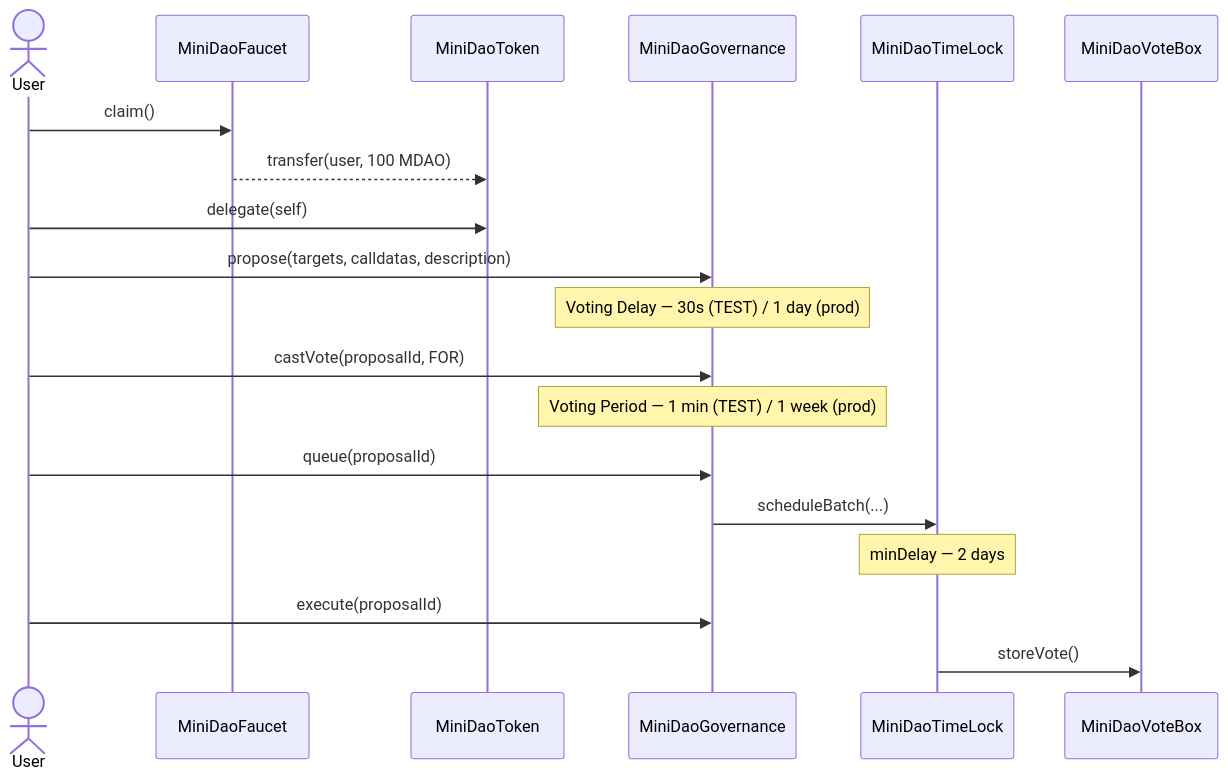
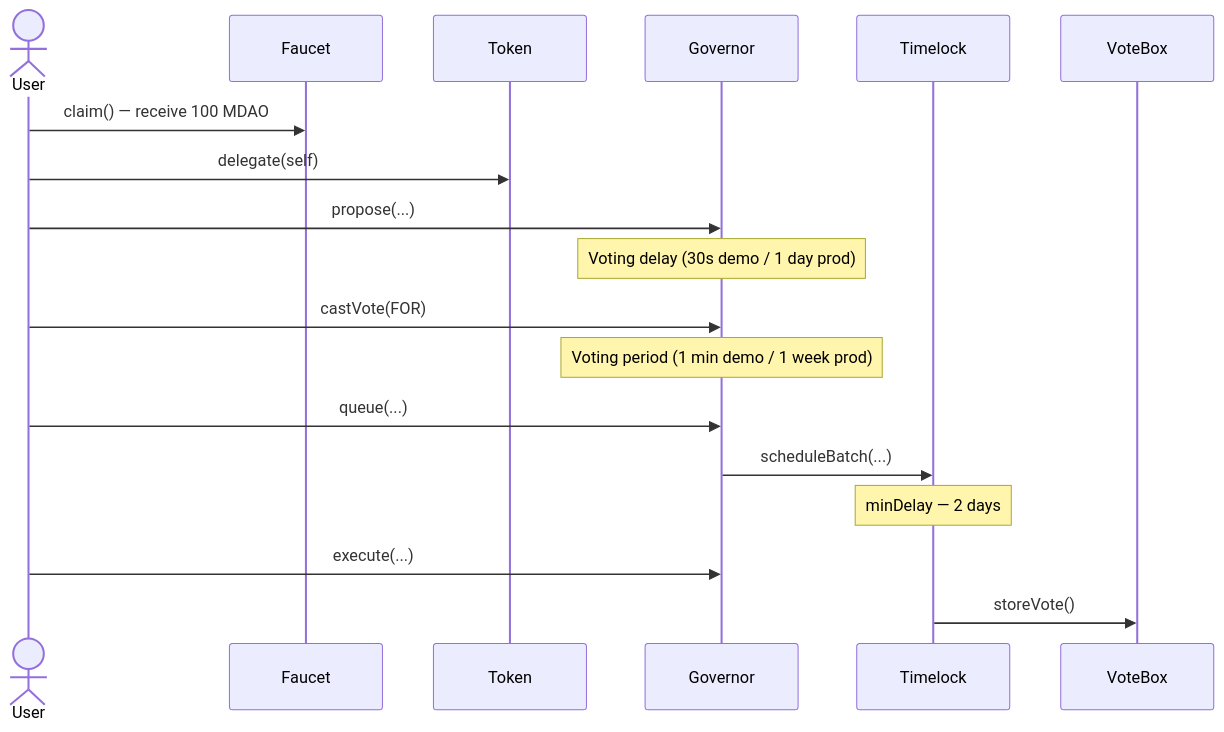
The diagram in README.md (VxxxxC/mini_dao), drawn with Mermaid before and after one commit. The commit also changed other lines of this file, not shown here.

````diff
--- a/README.md
+++ b/README.md
@@ -106,26 +42,21 @@
 ```mermaid
 sequenceDiagram
     actor User
-    participant Faucet as MiniDaoFaucet
-    participant Token as MiniDaoToken
-    participant Gov as MiniDaoGovernance
-    participant Timelock as MiniDaoTimeLock
-    participant VoteBox as MiniDaoVoteBox
+    participant Faucet
+    participant Token
+    participant Governor
+    participant Timelock
+    participant VoteBox
 
-    User->>Faucet: claim()
-    Faucet-->>Token: transfer(user, 100 MDAO)
+    User->>Faucet: claim() — receive 100 MDAO
     User->>Token: delegate(self)
-
-    User->>Gov: propose(targets, calldatas, description)
-    Note over Gov: Voting Delay — 30s (TEST) / 1 day (prod)
-
-    User->>Gov: castVote(proposalId, FOR)
-    Note over Gov: Voting Period — 1 min (TEST) / 1 week (prod)
-
-    User->>Gov: queue(proposalId)
-    Gov->>Timelock: scheduleBatch(...)
+    User->>Governor: propose(...)
+    Note over Governor: Voting delay (30s demo / 1 day prod)
+    User->>Governor: castVote(FOR)
+    Note over Governor: Voting period (1 min demo / 1 week prod)
+    User->>Governor: queue(...)
+    Governor->>Timelock: scheduleBatch(...)
     Note over Timelock: minDelay — 2 days
-
-    User->>Gov: execute(proposalId)
+    User->>Governor: execute(...)
     Timelock->>VoteBox: storeVote()
 ```
````
